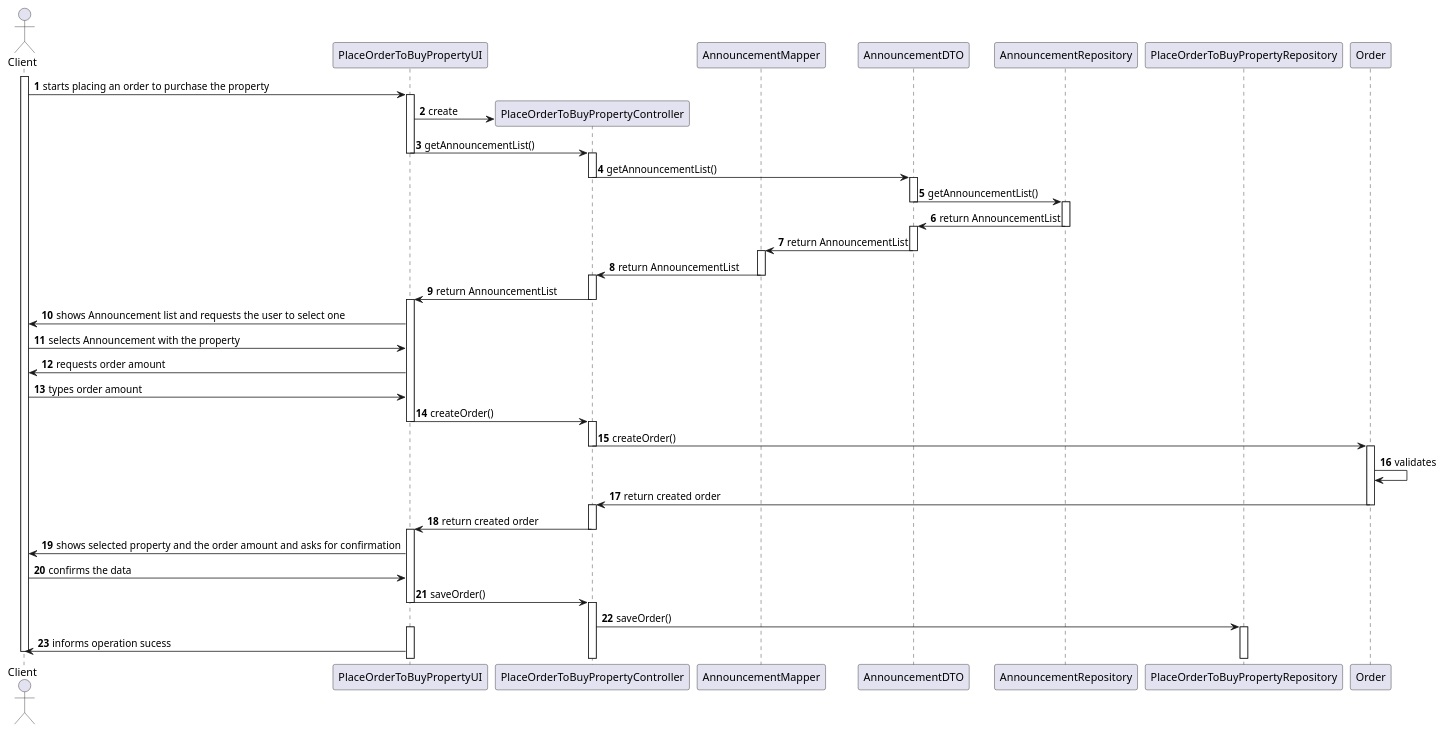
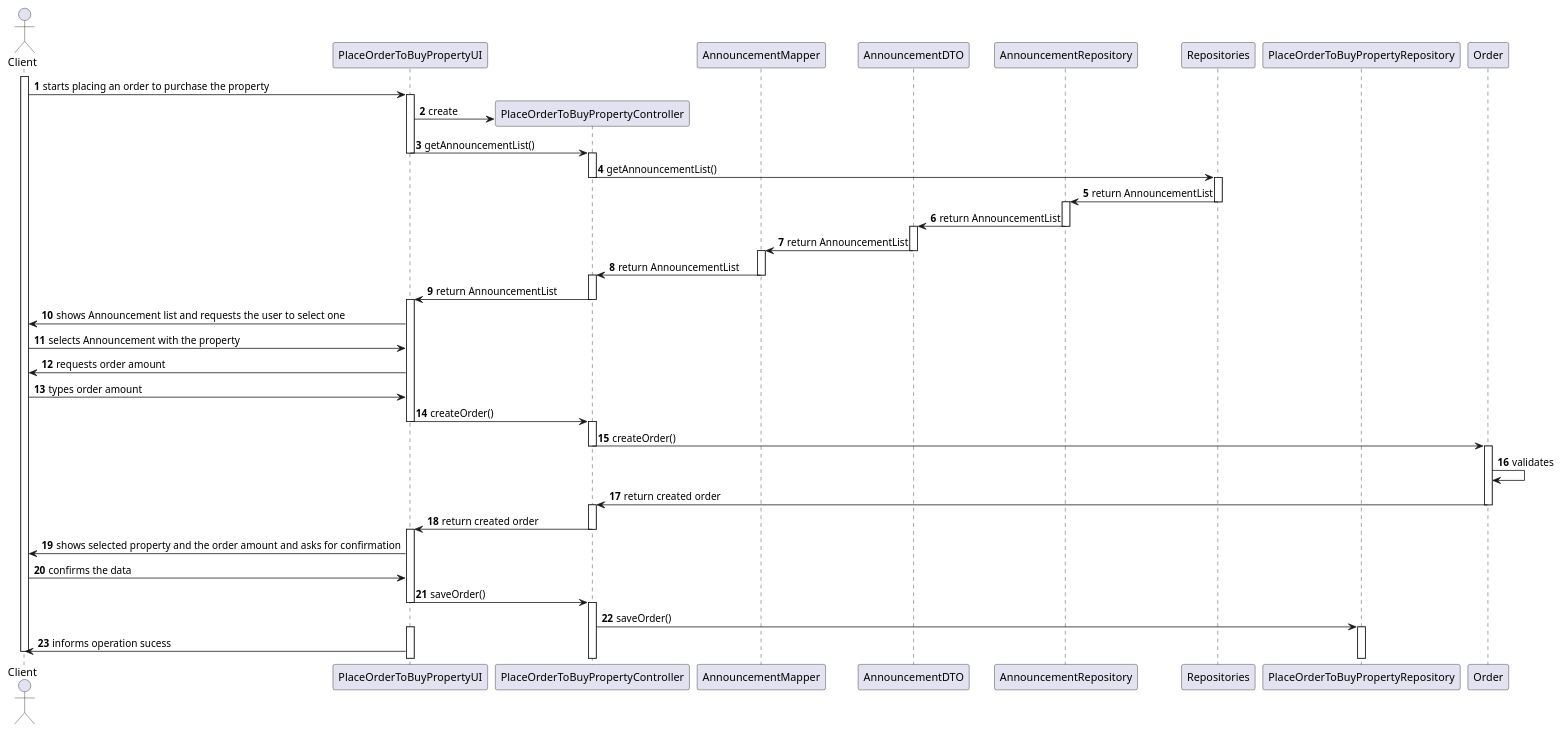
One commit to tiagohcorreia/LAPR2 changed the diagram in docs/sprintD/US010/03.design/puml/SD.puml. Above: the diagram before and after it, drawn with PlantUML. The commit also changed 8 other files, not shown here.

Commit message:
US010 - Class diagram and Sequence Diagram updated

```diff
--- a/docs/sprintD/US010/03.design/puml/SD.puml
+++ b/docs/sprintD/US010/03.design/puml/SD.puml
@@ -1,121 +1,108 @@
 @startuml
 
 autonumber
 
 actor Client as client
 participant PlaceOrderToBuyPropertyUI as ui
 participant PlaceOrderToBuyPropertyController as ctr
 participant AnnouncementMapper
 participant AnnouncementDTO
 participant AnnouncementRepository
+participant Repositories
 participant PlaceOrderToBuyPropertyRepository
 participant Order as order
 
 autonumber
 
 activate client
 
 client -> ui: starts placing an order to purchase the property
 
 activate ui
 
 ui -> ctr** : create
 
 ui -> ctr: getAnnouncementList()
 
 deactivate ui
-
 activate ctr
 
-ctr -> AnnouncementDTO: getAnnouncementList()
+ctr -> Repositories: getAnnouncementList()
 
 deactivate ctr
+activate Repositories
 
-activate AnnouncementDTO
+Repositories -> AnnouncementRepository: return AnnouncementList
 
-AnnouncementDTO -> AnnouncementRepository: getAnnouncementList()
-
-deactivate AnnouncementDTO
-
+deactivate Repositories
 activate AnnouncementRepository
 
 AnnouncementRepository -> AnnouncementDTO: return AnnouncementList
 
 deactivate AnnouncementRepository
-
 activate AnnouncementDTO
 
 AnnouncementDTO -> AnnouncementMapper: return AnnouncementList
 
 deactivate AnnouncementDTO
-
 activate AnnouncementMapper
 
 AnnouncementMapper -> ctr:  return AnnouncementList
 
 deactivate AnnouncementMapper
-
 activate ctr
 
 ctr -> ui: return AnnouncementList
 
 deactivate ctr
-
 activate ui
 
 ui -> client: shows Announcement list and requests the user to select one
 
 client -> ui: selects Announcement with the property
 
 ui -> client: requests order amount
 
 client -> ui: types order amount
 
 ui -> ctr: createOrder()
 
 deactivate ui
-
 activate ctr
 
 ctr -> order: createOrder()
 
 deactivate ctr
-
 activate order
 
 order -> order: validates
 
 order -> ctr: return created order
 
 deactivate order
-
 activate ctr
 
 ctr -> ui: return created order
 
 deactivate ctr
-
 activate ui
 
 ui -> client: shows selected property and the order amount and asks for confirmation
 
 client -> ui: confirms the data
 
 ui -> ctr: saveOrder()
 
 deactivate ui
-
 activate ctr
 
 ctr -> PlaceOrderToBuyPropertyRepository: saveOrder()
 
 activate PlaceOrderToBuyPropertyRepository
-
 activate ui
 
 ui -> client: informs operation sucess
 
-
 deactivate client
 
 @enduml
```
